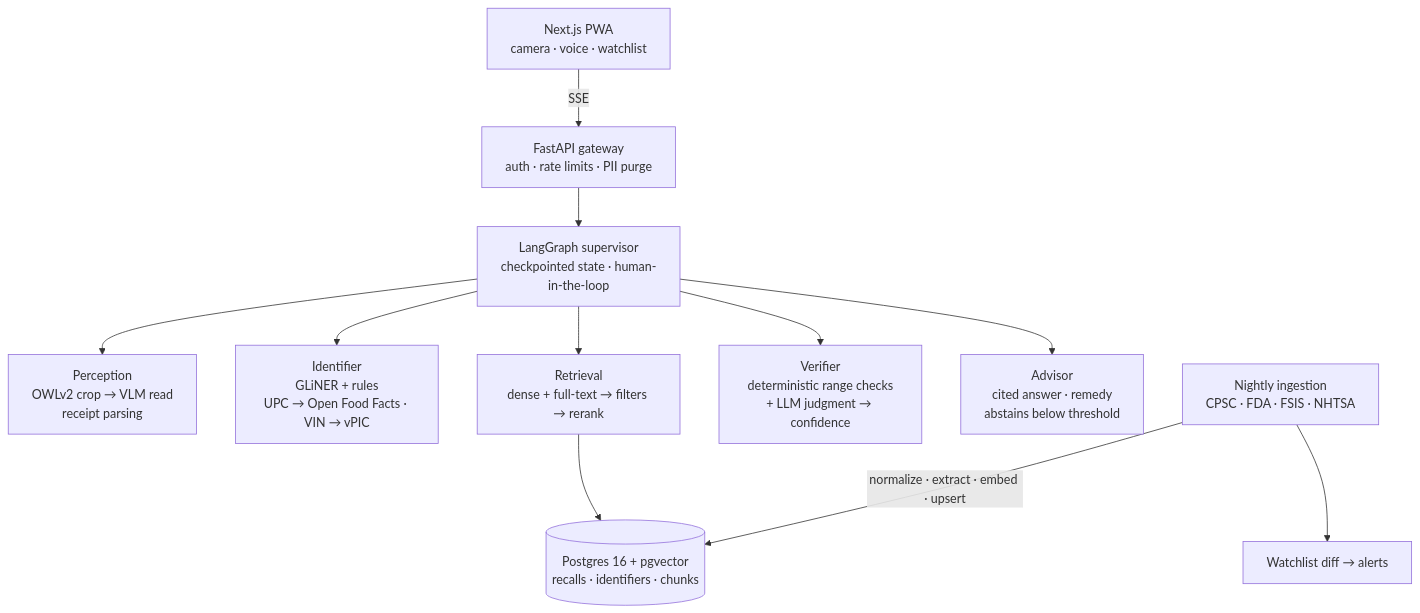
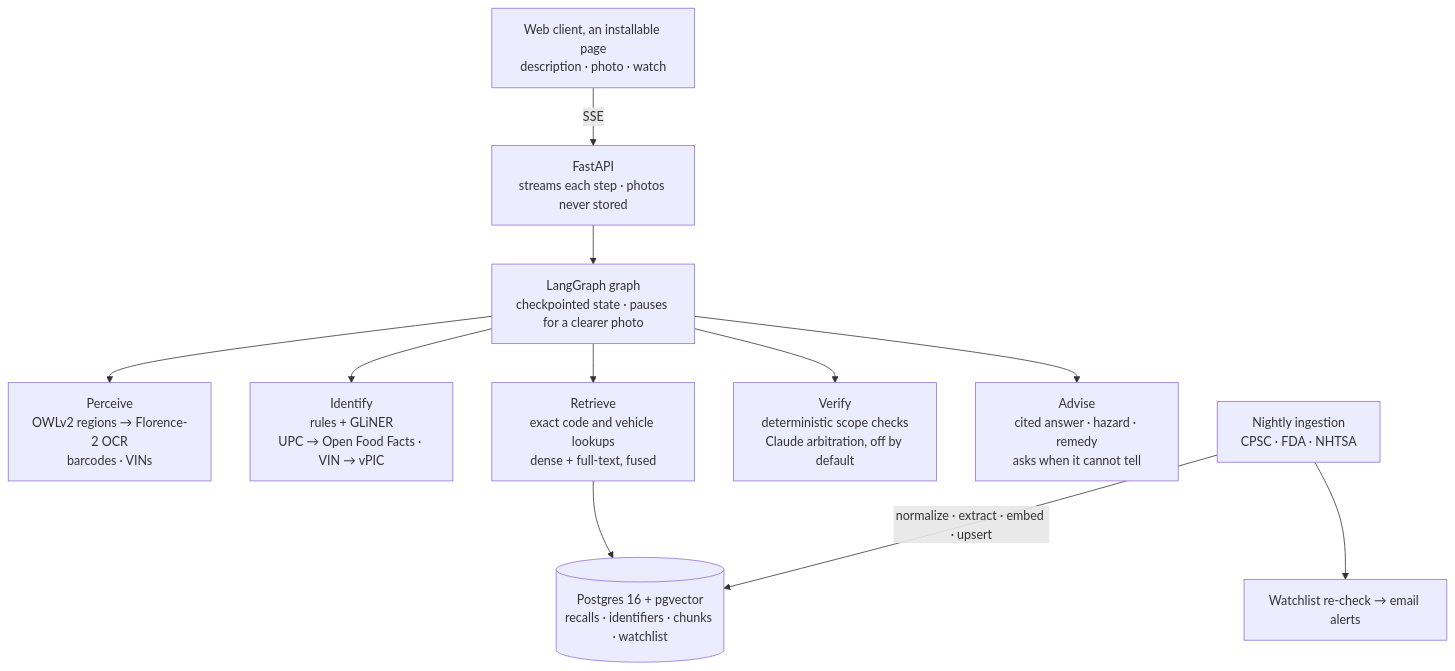
One commit to coder-raj369/recall-lens changed the diagram in README.md. Above: the diagram before and after it, drawn with Mermaid. The commit also changed other lines of this file and 2 other files, not shown here.

First line of the commit message:
docs: publish Phase 6 vehicle results and document the web client and watchlist

````diff
--- a/README.md
+++ b/README.md
@@ -30,15 +30,15 @@
 ```mermaid
 flowchart TD
-    UI["Next.js PWA<br/>camera · voice · watchlist"] -->|SSE| API["FastAPI gateway<br/>auth · rate limits · PII purge"]
-    API --> SUP["LangGraph supervisor<br/>checkpointed state · human-in-the-loop"]
+    UI["Web client, an installable page<br/>description · photo · watch"] -->|SSE| API["FastAPI<br/>streams each step · photos never stored"]
+    API --> SUP["LangGraph graph<br/>checkpointed state · pauses for a clearer photo"]
 
-    SUP --> PER["Perception<br/>OWLv2 crop → VLM read<br/>receipt parsing"]
-    SUP --> IDN["Identifier<br/>GLiNER + rules<br/>UPC → Open Food Facts · VIN → vPIC"]
-    SUP --> RET["Retrieval<br/>dense + full-text → filters → rerank"]
-    SUP --> VER["Verifier<br/>deterministic range checks<br/>+ LLM judgment → confidence"]
-    SUP --> ADV["Advisor<br/>cited answer · remedy<br/>abstains below threshold"]
+    SUP --> PER["Perceive<br/>OWLv2 regions → Florence-2 OCR<br/>barcodes · VINs"]
+    SUP --> IDN["Identify<br/>rules + GLiNER<br/>UPC → Open Food Facts · VIN → vPIC"]
+    SUP --> RET["Retrieve<br/>exact code and vehicle lookups<br/>dense + full-text, fused"]
+    SUP --> VER["Verify<br/>deterministic scope checks<br/>Claude arbitration, off by default"]
+    SUP --> ADV["Advise<br/>cited answer · hazard · remedy<br/>asks when it cannot tell"]
 
-    RET --> DB[("Postgres 16 + pgvector<br/>recalls · identifiers · chunks")]
-    ING["Nightly ingestion<br/>CPSC · FDA · FSIS · NHTSA"] -->|normalize · extract · embed · upsert| DB
-    ING --> ALERT["Watchlist diff → alerts"]
+    RET --> DB[("Postgres 16 + pgvector<br/>recalls · identifiers · chunks · watchlist")]
+    ING["Nightly ingestion<br/>CPSC · FDA · NHTSA"] -->|normalize · extract · embed · upsert| DB
+    ING --> ALERT["Watchlist re-check → email alerts"]
 ```
````
